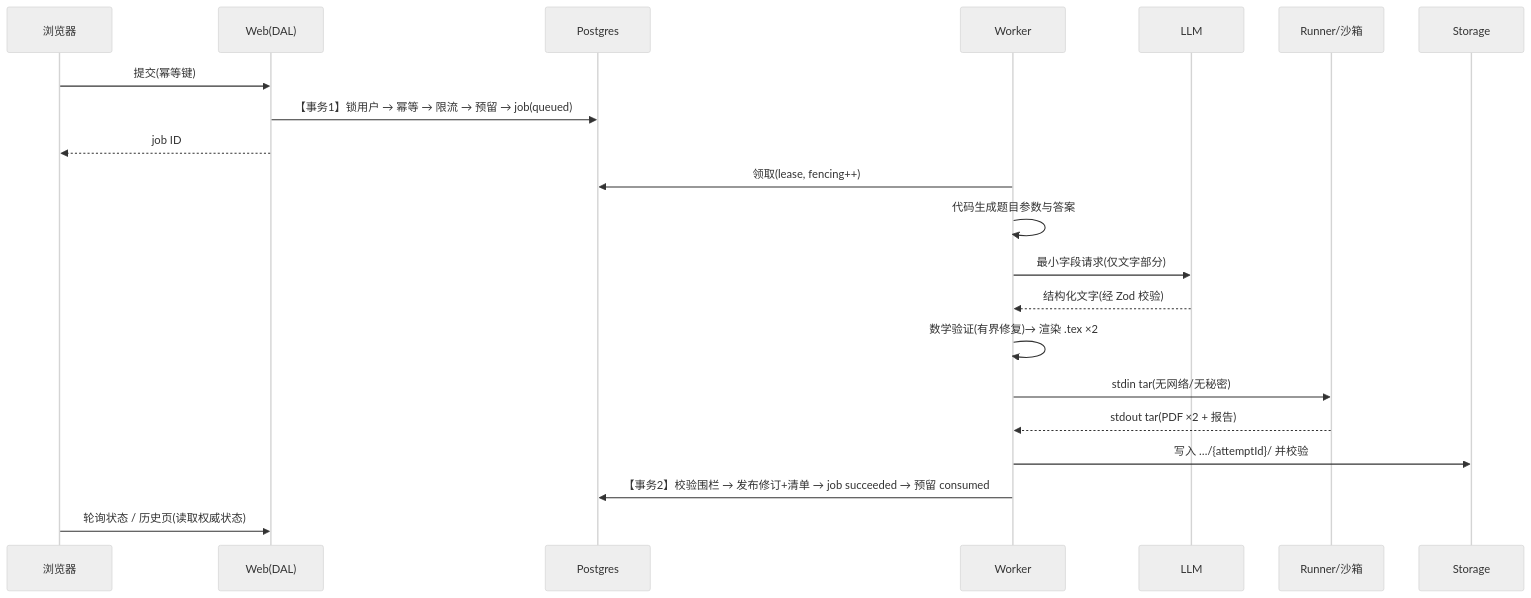
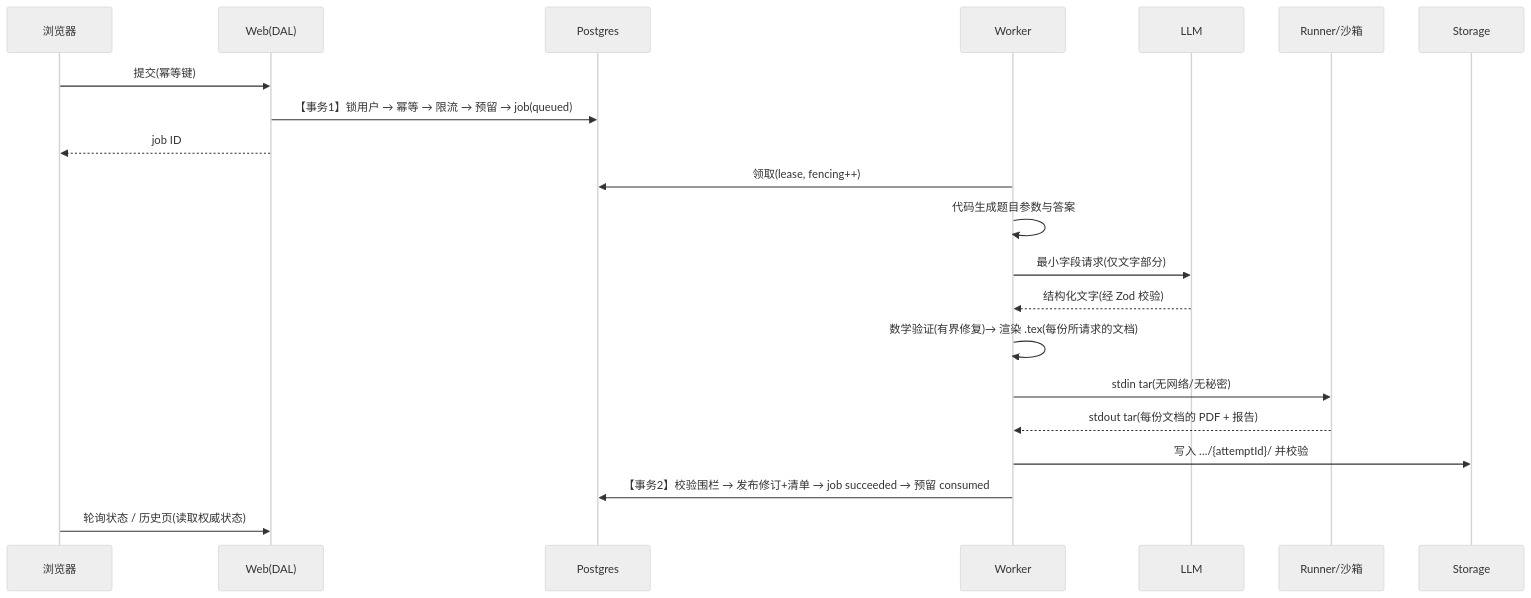
The fourth of 5 diagrams in docs/architecture.md (yangzi33/noteprep), drawn with Mermaid (neutral theme) before and after one commit. The commit also changed other lines of this file and 11 other files, not shown here.

````diff
--- a/docs/architecture.md
+++ b/docs/architecture.md
@@ -191,23 +192,23 @@
 ```mermaid
 sequenceDiagram
   participant B as 浏览器
   participant W as Web(DAL)
   participant DB as Postgres
   participant K as Worker
   participant L as LLM
   participant R as Runner/沙箱
   participant S as Storage
   B->>W: 提交(幂等键)
   W->>DB: 【事务1】锁用户 → 幂等 → 限流 → 预留 → job(queued)
   W-->>B: job ID
   K->>DB: 领取(lease, fencing++)
   K->>K: 代码生成题目参数与答案
   K->>L: 最小字段请求(仅文字部分)
   L-->>K: 结构化文字(经 Zod 校验)
-  K->>K: 数学验证(有界修复)→ 渲染 .tex ×2
+  K->>K: 数学验证(有界修复)→ 渲染 .tex(每份所请求的文档)
   K->>R: stdin tar(无网络/无秘密)
-  R-->>K: stdout tar(PDF ×2 + 报告)
+  R-->>K: stdout tar(每份文档的 PDF + 报告)
   K->>S: 写入 …/{attemptId}/ 并校验
   K->>DB: 【事务2】校验围栏 → 发布修订+清单 → job succeeded → 预留 consumed
   B->>W: 轮询状态 / 历史页(读取权威状态)
 ```
````
